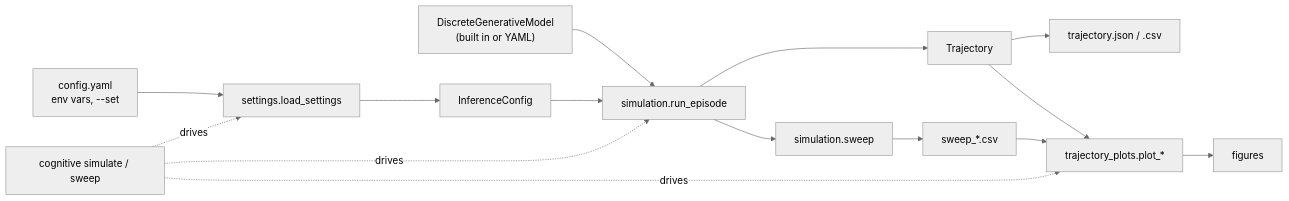
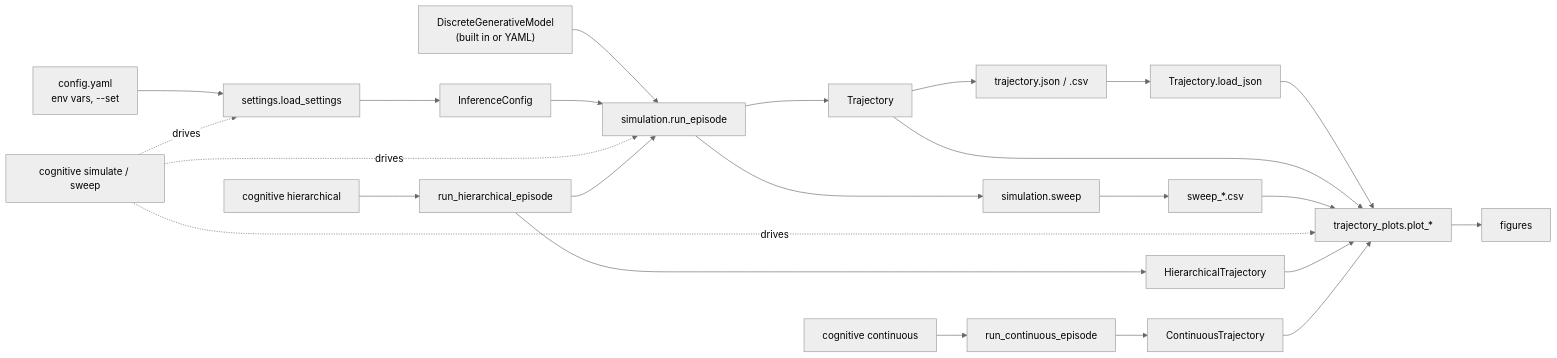
The diagram in docs/architecture/README.md (ActiveInferenceInstitute/cognitive), drawn with Mermaid (neutral theme) before and after one commit. The commit also changed other lines of this file and 39 other files, not shown here.

Commit message:
feat: continuous and hierarchical episodes, saved plots and reproducible gallery

````diff
--- a/docs/architecture/README.md
+++ b/docs/architecture/README.md
@@ -35,17 +36,26 @@
 ```mermaid
 flowchart LR
     CFG["config.yaml<br/>env vars, --set"] --> S["settings.load_settings"]
     S --> IC["InferenceConfig"]
     M["DiscreteGenerativeModel<br/>(built in or YAML)"] --> E["simulation.run_episode"]
     IC --> E
     E --> T["Trajectory"]
     T --> J["trajectory.json / .csv"]
+    J --> LOAD["Trajectory.load_json"]
+    LOAD --> P
     T --> P["trajectory_plots.plot_*"]
     E --> SW["simulation.sweep"]
     SW --> ST["sweep_*.csv"]
     ST --> P
     P --> F["figures"]
     CLI["cognitive simulate / sweep"] -.drives.-> S
     CLI -.drives.-> E
     CLI -.drives.-> P
+    HC["cognitive hierarchical"] --> H["run_hierarchical_episode"]
+    H --> E
+    H --> HT["HierarchicalTrajectory"]
+    HT --> P
+    CC["cognitive continuous"] --> CE["run_continuous_episode"]
+    CE --> CT["ContinuousTrajectory"]
+    CT --> P
 ```
````
